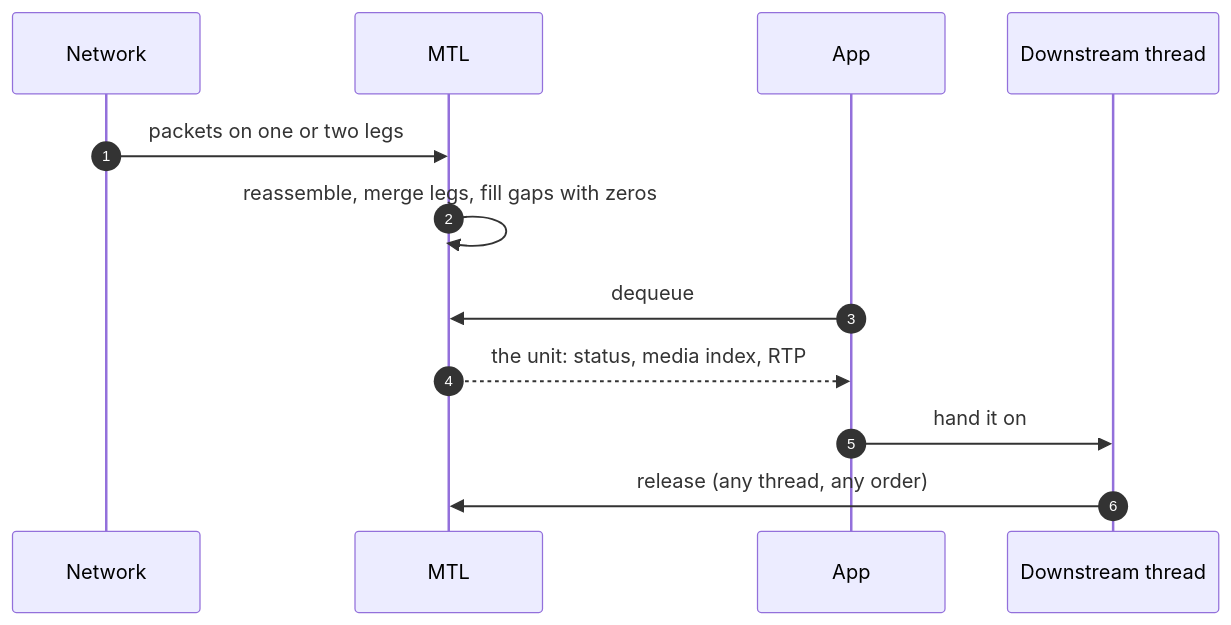
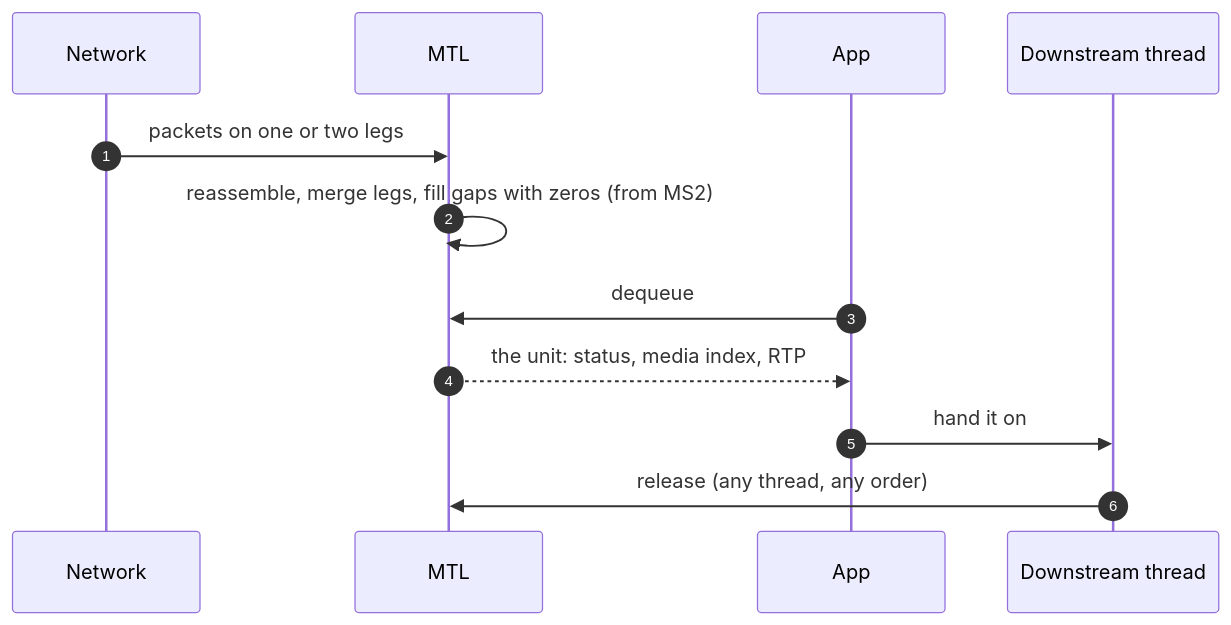
The third of 6 diagrams in doc/unified-api/concepts.md (Sakoram/Media-Transport-Library), drawn with Mermaid before and after one commit. The commit also changed other lines of this file and 56 other files, not shown here.

````diff
--- a/doc/unified-api/concepts.md
+++ b/doc/unified-api/concepts.md
@@ -387,14 +369,14 @@
 ```mermaid
 sequenceDiagram
     autonumber
     participant N as Network
     participant M as MTL
     participant App
     participant D as Downstream thread
     N->>M: packets on one or two legs
-    M->>M: reassemble, merge legs, fill gaps with zeros
+    M->>M: reassemble, merge legs, fill gaps with zeros (from MS2)
     App->>M: dequeue
     M-->>App: the unit: status, media index, RTP
     App->>D: hand it on
     D->>M: release (any thread, any order)
 ```
````
